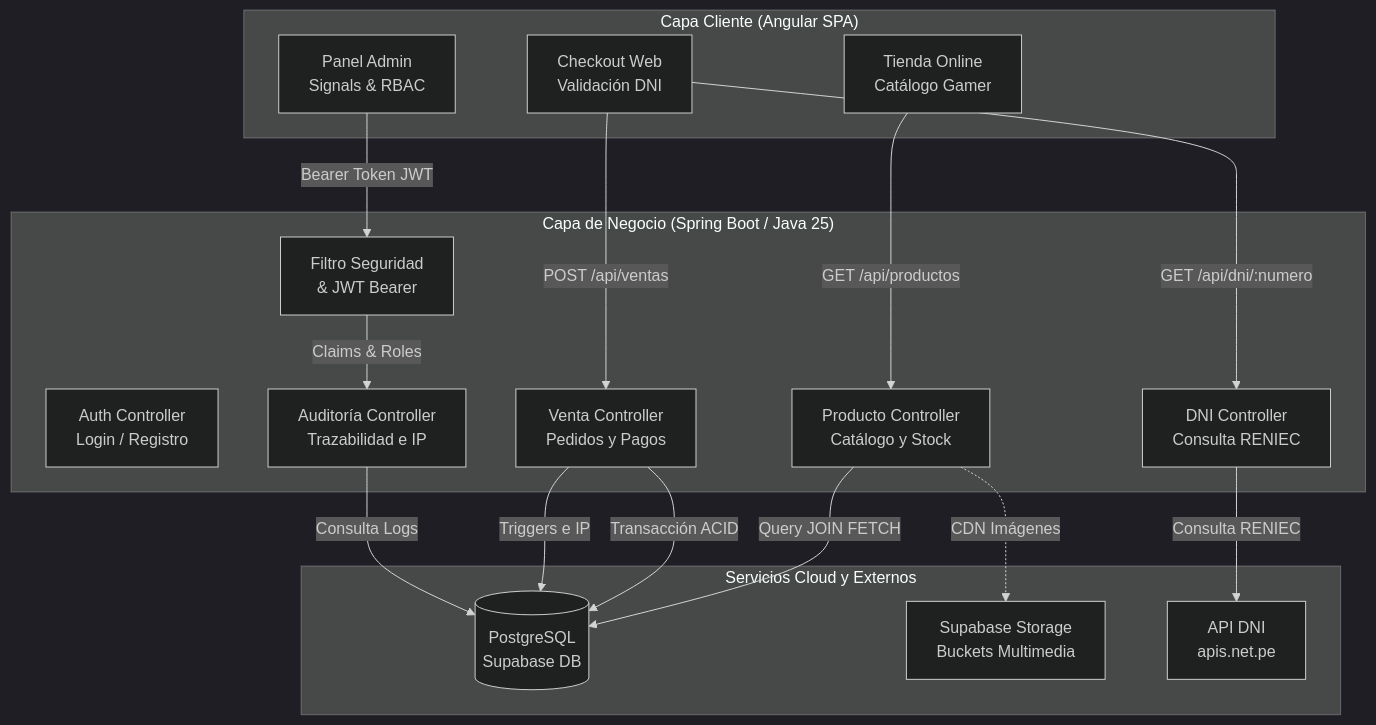
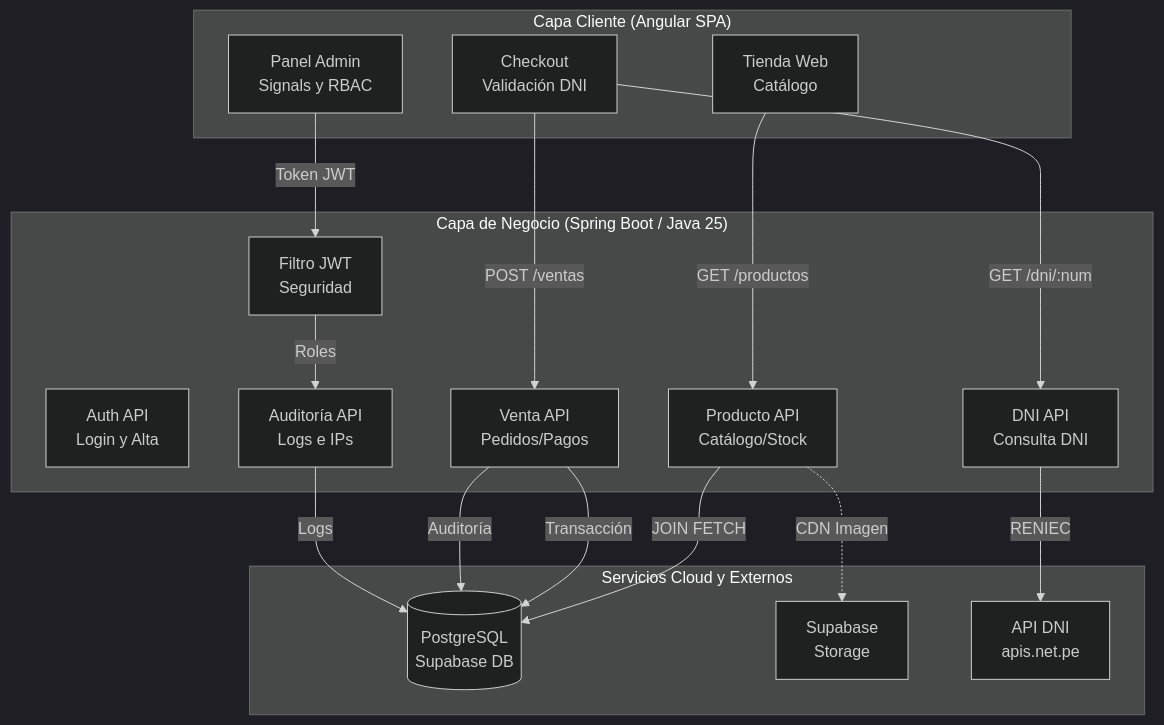
Before and after one commit to MrCarlos17A/TechZone: the first of 3 diagrams in README.md, drawn with Mermaid (dark theme). The commit also changed other lines of this file, not shown here.

Commit message:
style(docs): ajustar etiquetas compactas para visualizacion perfecta en GitHub Mermaid

````diff
--- a/README.md
+++ b/README.md
@@ -58,38 +58,38 @@
 ```mermaid
 flowchart TD
     subgraph FRONTEND["Capa Cliente (Angular SPA)"]
-        UI_STORE["Tienda Online<br/>Catálogo Gamer"]
-        UI_CHECKOUT["Checkout Web<br/>Validación DNI"]
-        UI_ADMIN["Panel Admin<br/>Signals & RBAC"]
+        UI_STORE["Tienda Web<br/>Catálogo"]
+        UI_CHECKOUT["Checkout<br/>Validación DNI"]
+        UI_ADMIN["Panel Admin<br/>Signals y RBAC"]
     end
 
     subgraph BACKEND["Capa de Negocio (Spring Boot / Java 25)"]
-        GW["Filtro Seguridad<br/>& JWT Bearer"]
-        C_AUTH["Auth Controller<br/>Login / Registro"]
-        C_DNI["DNI Controller<br/>Consulta RENIEC"]
-        C_PROD["Producto Controller<br/>Catálogo y Stock"]
-        C_VENTA["Venta Controller<br/>Pedidos y Pagos"]
-        C_AUDIT["Auditoría Controller<br/>Trazabilidad e IP"]
+        GW["Filtro JWT<br/>Seguridad"]
+        C_AUTH["Auth API<br/>Login y Alta"]
+        C_DNI["DNI API<br/>Consulta DNI"]
+        C_PROD["Producto API<br/>Catálogo/Stock"]
+        C_VENTA["Venta API<br/>Pedidos/Pagos"]
+        C_AUDIT["Auditoría API<br/>Logs e IPs"]
     end
 
     subgraph CLOUD["Servicios Cloud y Externos"]
         SUPA_DB[("PostgreSQL<br/>Supabase DB")]
-        SUPA_STORAGE["Supabase Storage<br/>Buckets Multimedia"]
+        SUPA_STORAGE["Supabase<br/>Storage"]
         RENIEC["API DNI<br/>apis.net.pe"]
     end
 
-    UI_STORE -->|GET /api/productos| C_PROD
-    C_PROD -->|Query JOIN FETCH| SUPA_DB
-    C_PROD -.->|CDN Imágenes| SUPA_STORAGE
+    UI_STORE -->|GET /productos| C_PROD
+    C_PROD -->|JOIN FETCH| SUPA_DB
+    C_PROD -.->|CDN Imagen| SUPA_STORAGE
 
-    UI_CHECKOUT -->|GET /api/dni/:numero| C_DNI
-    C_DNI -->|Consulta RENIEC| RENIEC
+    UI_CHECKOUT -->|GET /dni/:num| C_DNI
+    C_DNI -->|RENIEC| RENIEC
 
-    UI_CHECKOUT -->|POST /api/ventas| C_VENTA
-    C_VENTA -->|Transacción ACID| SUPA_DB
-    C_VENTA -->|Triggers e IP| SUPA_DB
+    UI_CHECKOUT -->|POST /ventas| C_VENTA
+    C_VENTA -->|Transacción| SUPA_DB
+    C_VENTA -->|Auditoría| SUPA_DB
 
-    UI_ADMIN -->|Bearer Token JWT| GW
-    GW -->|Claims & Roles| C_AUDIT
-    C_AUDIT -->|Consulta Logs| SUPA_DB
+    UI_ADMIN -->|Token JWT| GW
+    GW -->|Roles| C_AUDIT
+    C_AUDIT -->|Logs| SUPA_DB
 ```
````
